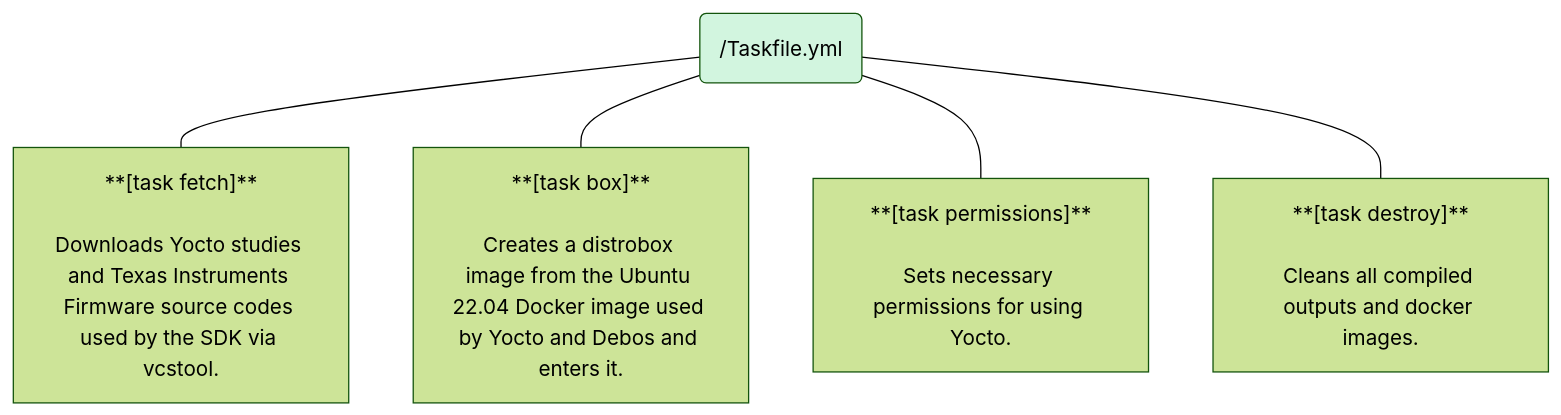
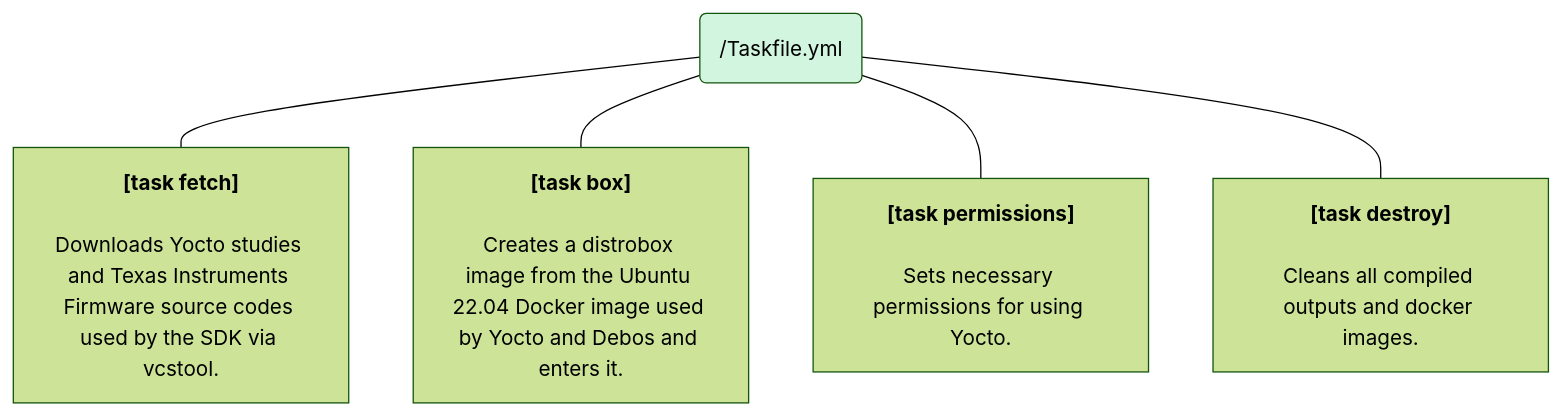
One commit to t3gemstone/docs changed the second of 4 diagrams in en/sdk/components.mdx. Above: the diagram before and after it, drawn with Mermaid (forest theme). The commit also changed other lines of this file and 176 other files, not shown here.

````diff
--- a/en/sdk/components.mdx
+++ b/en/sdk/components.mdx
@@ -154,10 +154,10 @@
 ```mermaid
 flowchart
 	n1["/Taskfile.yml"]
 	style n1 fill:#D2F5DF
-	n1 --- n5["**[task fetch]**<br><br>Downloads Yocto studies and Texas Instruments Firmware source codes used by the SDK via vcstool."]
-	n1 --- n6["**[task box]**<br><br>Creates a distrobox image from the Ubuntu 22.04 Docker image used by Yocto and Debos and enters it."]
-	n1 --- n7["**[task permissions]**<br><br>Sets necessary permissions for using Yocto."]
-	n1 --- n11["**[task destroy]**<br><br>Cleans all compiled outputs and docker images."]
+	n1 --- n5@{ label: "**[task fetch]**<br><br>Downloads Yocto studies and Texas Instruments Firmware source codes used by the SDK via vcstool." }
+	n1 --- n6@{ label: "**[task box]**<br><br>Creates a distrobox image from the Ubuntu 22.04 Docker image used by Yocto and Debos and enters it." }
+	n1 --- n7@{ label: "**[task permissions]**<br><br>Sets necessary permissions for using Yocto." }
+	n1 --- n11@{ label: "**[task destroy]**<br><br>Cleans all compiled outputs and docker images." }
   n1@{ shape: "rounded", label: "/Taskfile.yml" }
 ```
````
